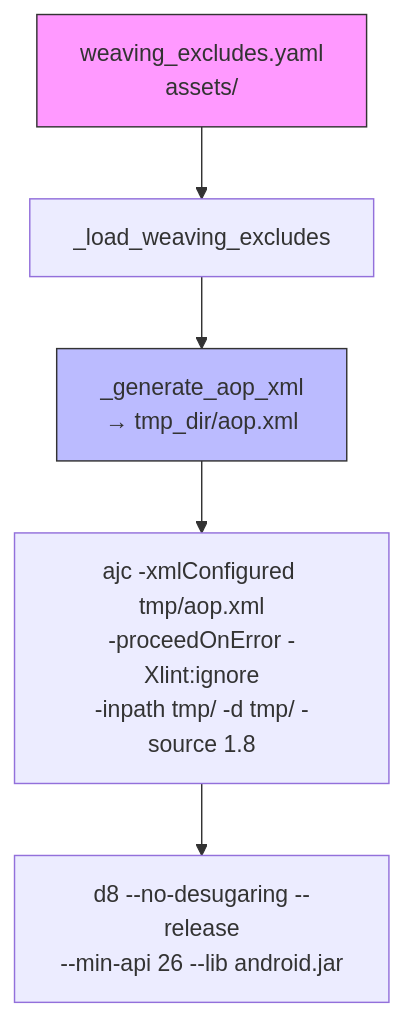
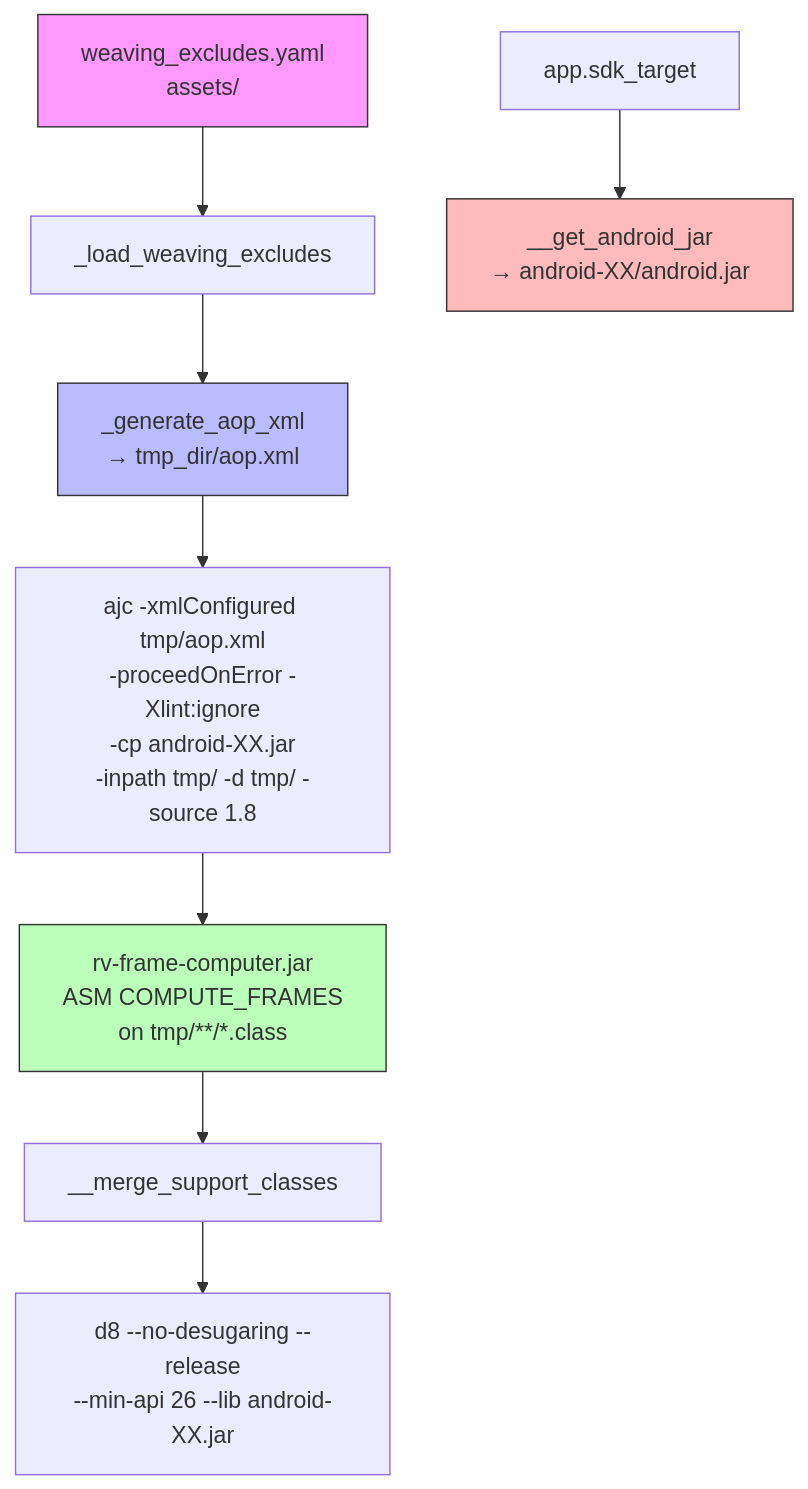
The diagram in rv-android/openspec/changes/gh50-improve-instrumentation/design.md (PAMunb/rvsec), drawn with Mermaid before and after one commit. The commit also changed other lines of this file and 3 other files, not shown here.

First line of the commit message:
docs(gh50): expand scope with COMPUTE_FRAMES, dynamic android.jar, AspectJ upgrade

````diff
--- a/rv-android/openspec/changes/gh50-improve-instrumentation/design.md
+++ b/rv-android/openspec/changes/gh50-improve-instrumentation/design.md
@@ -9,10 +9,15 @@
 ```mermaid
 flowchart TD
     YAML[weaving_excludes.yaml<br/>assets/] --> LOAD[_load_weaving_excludes]
     LOAD --> GEN[_generate_aop_xml<br/>→ tmp_dir/aop.xml]
-    GEN --> AJC["ajc -xmlConfigured tmp/aop.xml<br/>-proceedOnError -Xlint:ignore<br/>-inpath tmp/ -d tmp/ -source 1.8"]
-    AJC --> D8["d8 --no-desugaring --release<br/>--min-api 26 --lib android.jar"]
+    SDK[app.sdk_target] --> JAR[__get_android_jar<br/>→ android-XX/android.jar]
+    GEN --> AJC["ajc -xmlConfigured tmp/aop.xml<br/>-proceedOnError -Xlint:ignore<br/>-cp android-XX.jar<br/>-inpath tmp/ -d tmp/ -source 1.8"]
+    AJC --> FRAMES["rv-frame-computer.jar<br/>ASM COMPUTE_FRAMES<br/>on tmp/**/*.class"]
+    FRAMES --> MERGE[__merge_support_classes]
+    MERGE --> D8["d8 --no-desugaring --release<br/>--min-api 26 --lib android-XX.jar"]
 
     style YAML fill:#f9f,stroke:#333
     style GEN fill:#bbf,stroke:#333
+    style FRAMES fill:#bfb,stroke:#333
+    style JAR fill:#fbb,stroke:#333
 ```
````
